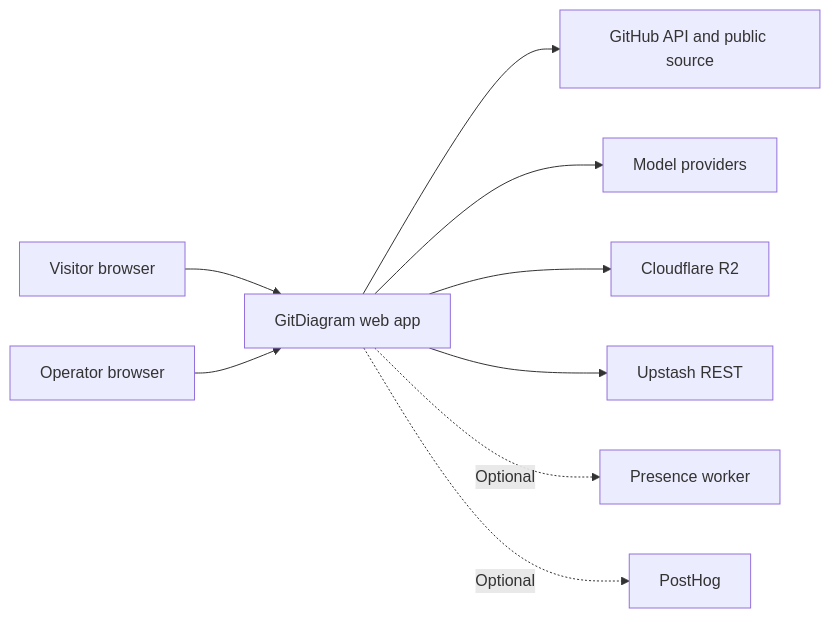
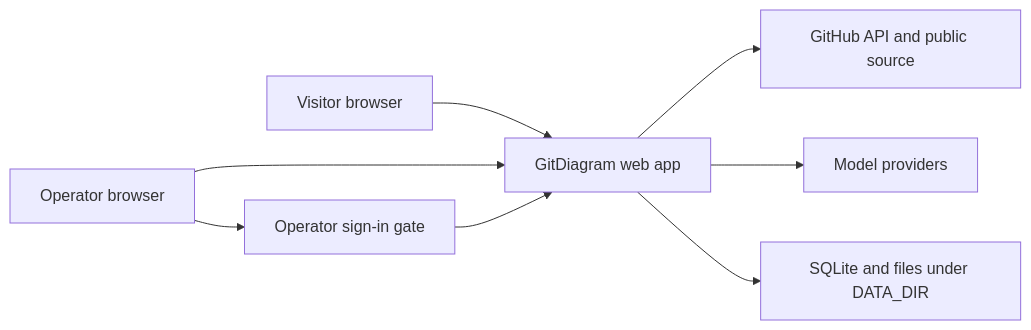
One commit to Pmac627/gitdiagram changed the diagram in docs/overview.md. Above: the diagram before and after it, drawn with Mermaid. The commit also changed other lines of this file and 420 other files, not shown here.

Commit message:
Private self-hosted fork for IIS (single operator, SQLite, provider adapters).

````diff
--- a/docs/overview.md
+++ b/docs/overview.md
@@ -31,11 +39,10 @@
 ```mermaid
 flowchart LR
     Visitor[Visitor browser] --> App[GitDiagram web app]
     Operator[Operator browser] --> App
     App --> GitHub[GitHub API and public source]
     App --> Model[Model providers]
-    App --> R2[Cloudflare R2]
-    App --> Redis[Upstash REST]
-    App -. Optional .-> Worker[Presence worker]
-    App -. Optional .-> PostHog[PostHog]
+    App --> Disk[SQLite and files under DATA_DIR]
+    Operator --> Gate[Operator sign-in gate]
+    Gate --> App
 ```
````
